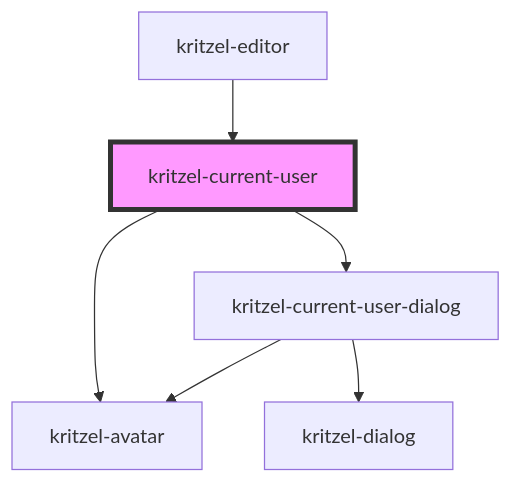
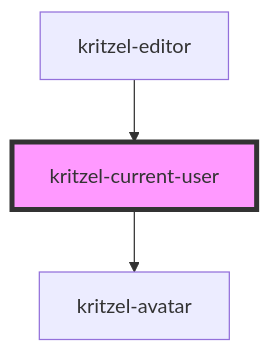
Before and after one commit to kasual1/kritzel: the diagram in libs/kritzel-stencil/src/components/ui/kritzel-current-user/readme.md, drawn with Mermaid. The commit also changed other lines of this file and 17 other files, not shown here.

Commit message:
#343: Move logout button into user dialog

````diff
--- a/libs/kritzel-stencil/src/components/ui/kritzel-current-user/readme.md
+++ b/libs/kritzel-stencil/src/components/ui/kritzel-current-user/readme.md
@@ -29,9 +28,6 @@
 ```mermaid
 graph TD;
   kritzel-current-user --> kritzel-avatar
-  kritzel-current-user --> kritzel-current-user-dialog
-  kritzel-current-user-dialog --> kritzel-dialog
-  kritzel-current-user-dialog --> kritzel-avatar
   kritzel-editor --> kritzel-current-user
   style kritzel-current-user fill:#f9f,stroke:#333,stroke-width:4px
 ```
````
